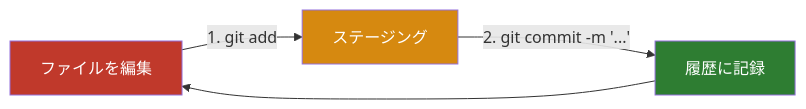
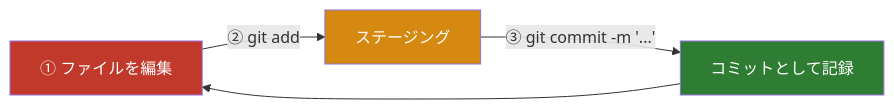
Before and after one commit to Ryu-Koroyasu/git-practice: the third of 3 diagrams in 01_Git編.md, drawn with Mermaid. The commit also changed other lines of this file, not shown here.

````diff
--- a/01_Git編.md
+++ b/01_Git編.md
@@ -344,9 +368,9 @@
 ```mermaid
 graph LR
-    E["ファイルを編集"] -->|"1. git add"| S["ステージング"]
-    S -->|"2. git commit -m '...'"| R["履歴に記録"]
+    E["① ファイルを編集"] -->|"② git add"| S["ステージング"]
+    S -->|"③ git commit -m '...'"| R["コミットとして記録"]
     R --> E
     style E fill:#c0392b,color:#fff
     style S fill:#d68910,color:#fff
     style R fill:#2e7d32,color:#fff
 ```
````
